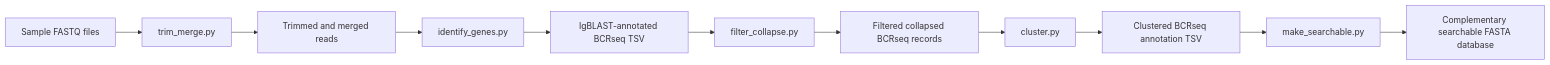
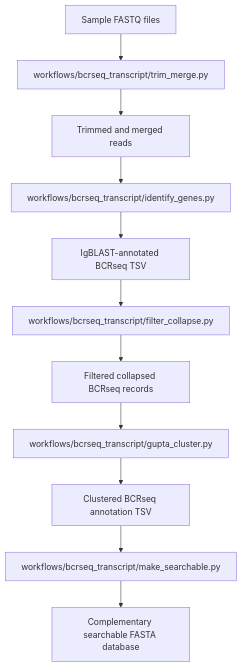
Before and after one commit to LukeHebert/bcrseq_igseq: the first of 2 diagrams in README.md, drawn with Mermaid. The commit also changed other lines of this file and 20 other files, not shown here.

````diff
--- a/README.md
+++ b/README.md
@@ -21,13 +40,13 @@
 ```mermaid
-flowchart LR
-    A[Sample FASTQ files] --> B[trim_merge.py]
+flowchart TD
+    A[Sample FASTQ files] --> B[workflows/bcrseq_transcript/trim_merge.py]
     B --> C[Trimmed and merged reads]
-    C --> D[identify_genes.py]
+    C --> D[workflows/bcrseq_transcript/identify_genes.py]
     D --> E[IgBLAST-annotated BCRseq TSV]
-    E --> F[filter_collapse.py]
+    E --> F[workflows/bcrseq_transcript/filter_collapse.py]
     F --> G[Filtered collapsed BCRseq records]
-    G --> H[cluster.py]
+    G --> H[workflows/bcrseq_transcript/gupta_cluster.py]
     H --> I[Clustered BCRseq annotation TSV]
-    I --> J[make_searchable.py]
+    I --> J[workflows/bcrseq_transcript/make_searchable.py]
     J --> K[Complementary searchable FASTA database]
 ```
````
